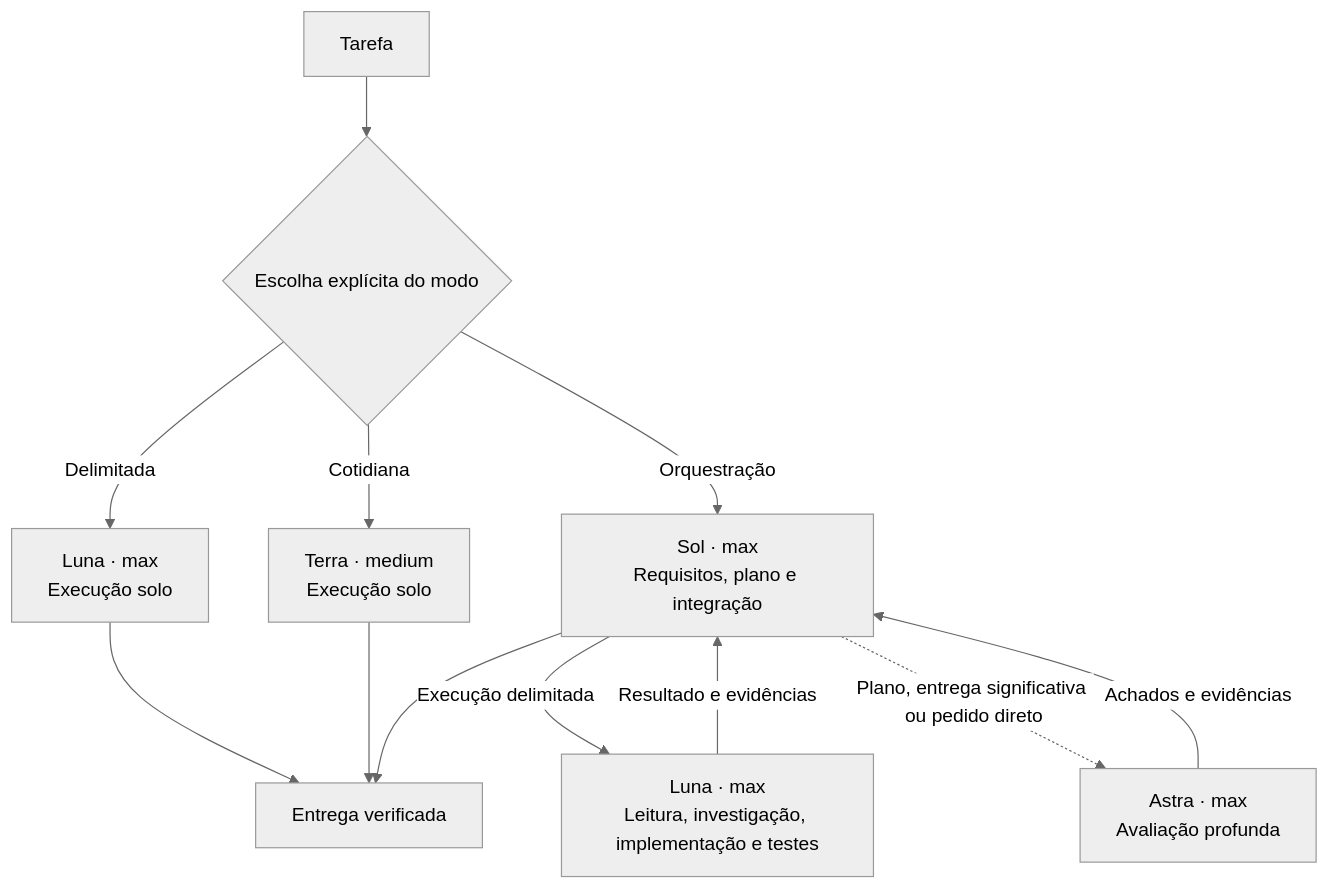
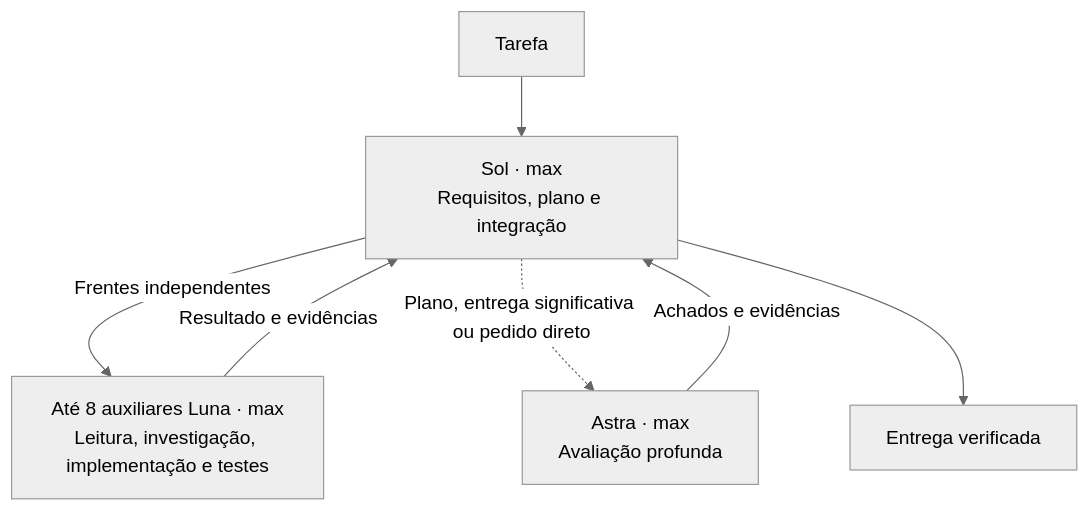
Before and after one commit to luisjuniorj/codex-project-orchestrator: the diagram in docs/architecture.md, drawn with Mermaid (neutral theme). The commit also changed other lines of this file and 11 other files, not shown here.

````diff
--- a/docs/architecture.md
+++ b/docs/architecture.md
@@ -7,14 +7,9 @@
 ```mermaid
 flowchart TD
-    T["Tarefa"] --> M{"Escolha explícita do modo"}
-    M -->|"Delimitada"| L["Luna · max<br/>Execução solo"]
-    M -->|"Cotidiana"| E["Terra · medium<br/>Execução solo"]
-    M -->|"Orquestração"| S["Sol · max<br/>Requisitos, plano e integração"]
-    S -->|"Execução delimitada"| W["Luna · max<br/>Leitura, investigação, implementação e testes"]
+    T["Tarefa"] --> S["Sol · max<br/>Requisitos, plano e integração"]
+    S -->|"Frentes independentes"| W["Até 8 auxiliares Luna · max<br/>Leitura, investigação, implementação e testes"]
     W -->|"Resultado e evidências"| S
     S -. "Plano, entrega significativa ou pedido direto" .-> A["Astra · max<br/>Avaliação profunda"]
     A -->|"Achados e evidências"| S
-    L --> F["Entrega verificada"]
-    E --> F
-    S --> F
+    S --> F["Entrega verificada"]
 ```
````
